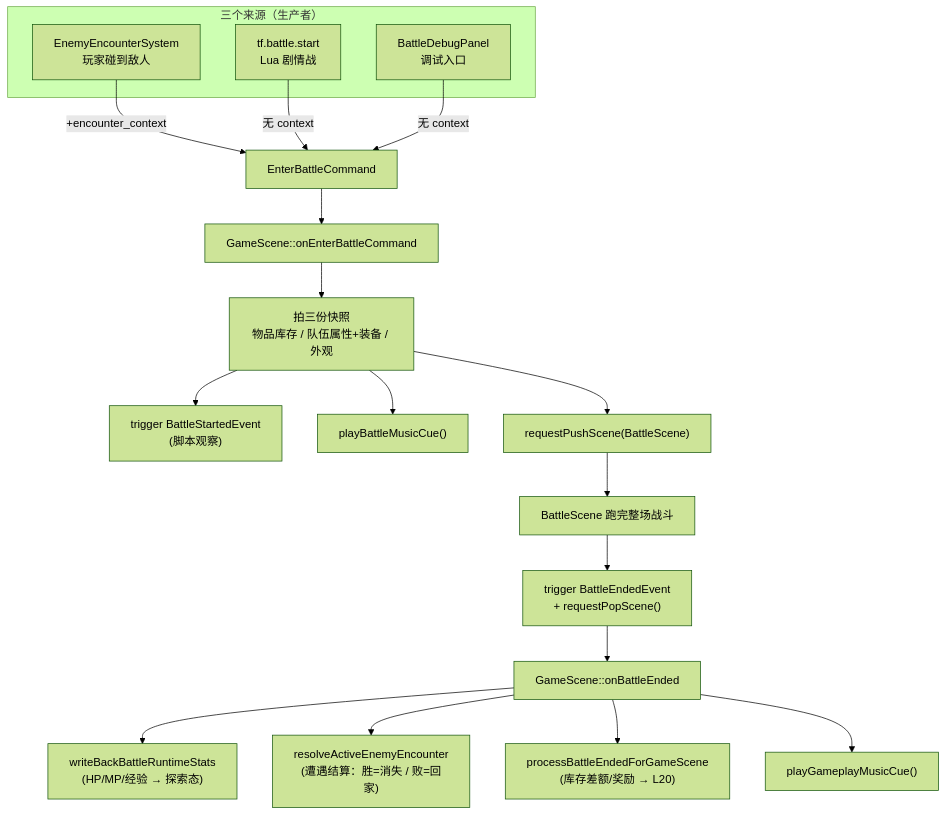
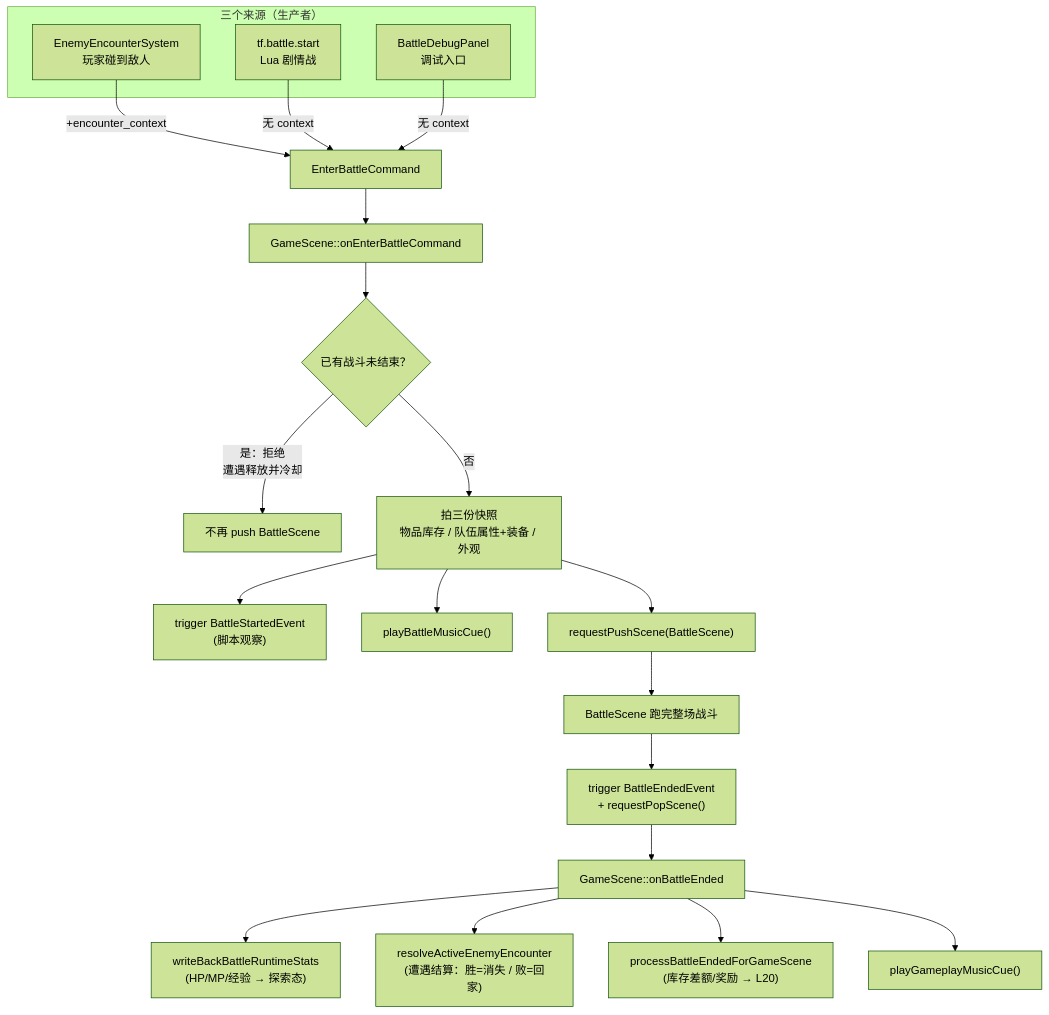
Before and after one commit to WispSnow/TinyFarmRPG: the diagram in lecture_plans/lectures/15-探索与战斗的过渡.md, drawn with Mermaid (forest theme). The commit also changed other lines of this file and 17 other files, not shown here.

````diff
--- a/lecture_plans/lectures/15-探索与战斗的过渡.md
+++ b/lecture_plans/lectures/15-探索与战斗的过渡.md
@@ -44,26 +44,28 @@
 ```mermaid
 flowchart TD
     subgraph SRC["三个来源（生产者）"]
         ENC["EnemyEncounterSystem<br/>玩家碰到敌人"]
         LUA["tf.battle.start<br/>Lua 剧情战"]
         DBG["BattleDebugPanel<br/>调试入口"]
     end
 
     ENC -->|"+encounter_context"| CMD["EnterBattleCommand"]
     LUA -->|"无 context"| CMD
     DBG -->|"无 context"| CMD
 
     CMD --> ENTER["GameScene::onEnterBattleCommand"]
-    ENTER --> SNAP["拍三份快照<br/>物品库存 / 队伍属性+装备 / 外观"]
+    ENTER --> GUARD{"已有战斗未结束？"}
+    GUARD -->|"是：拒绝<br/>遭遇释放并冷却"| BLOCK["不再 push BattleScene"]
+    GUARD -->|"否"| SNAP["拍三份快照<br/>物品库存 / 队伍属性+装备 / 外观"]
     SNAP --> EVT1["trigger BattleStartedEvent<br/>(脚本观察)"]
     SNAP --> MUSIC1["playBattleMusicCue()"]
     SNAP --> PUSH["requestPushScene(BattleScene)"]
 
     PUSH --> BATTLE["BattleScene 跑完整场战斗"]
     BATTLE --> EVT2["trigger BattleEndedEvent<br/>+ requestPopScene()"]
     EVT2 --> EXIT["GameScene::onBattleEnded"]
     EXIT --> WB["writeBackBattleRuntimeStats<br/>(HP/MP/经验 → 探索态)"]
     EXIT --> SETTLE["resolveActiveEnemyEncounter<br/>(遭遇结算：胜=消失 / 败=回家)"]
     EXIT --> REWARD["processBattleEndedForGameScene<br/>(库存差额/奖励 → L20)"]
     EXIT --> MUSIC2["playGameplayMusicCue()"]
 ```
````
